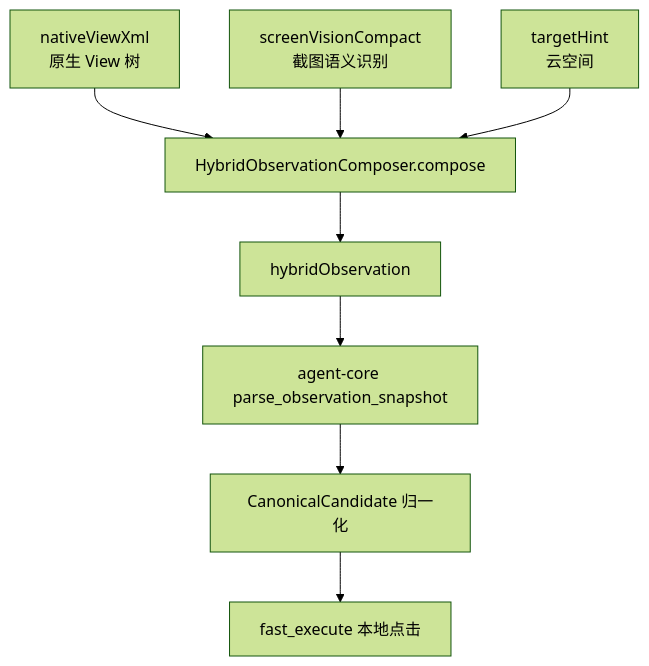
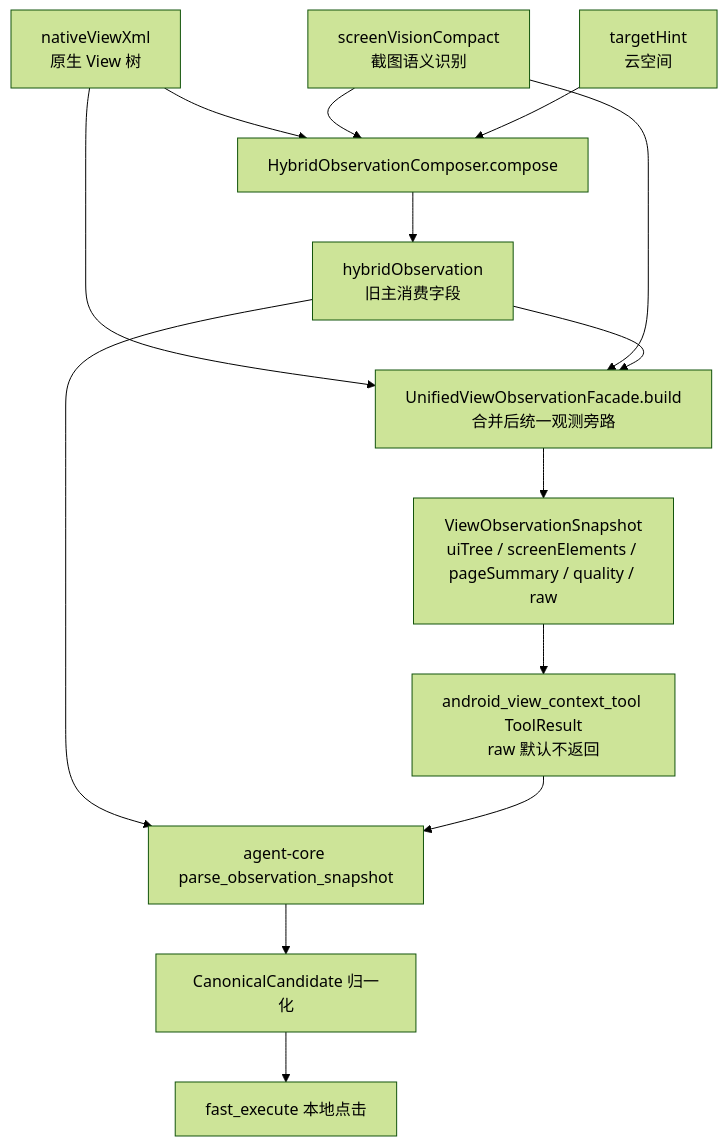
Before and after one commit to xxcai/mobile-agent: the diagram in docs/architecture/me-page-hybrid-observation-example.md, drawn with Mermaid (forest theme). The commit also changed other lines of this file and 1 other file, not shown here.

Commit message:
docs: document unified observation merge flow

````diff
--- a/docs/architecture/me-page-hybrid-observation-example.md
+++ b/docs/architecture/me-page-hybrid-observation-example.md
@@ -14,10 +14,16 @@
 ```mermaid
 flowchart TD
     A["nativeViewXml\n原生 View 树"] --> C["HybridObservationComposer.compose"]
     B["screenVisionCompact\n截图语义识别"] --> C
     H["targetHint\n云空间"] --> C
-    C --> D["hybridObservation"]
+    C --> D["hybridObservation\n旧主消费字段"]
+    A --> U["UnifiedViewObservationFacade.build\n合并后统一观测旁路"]
+    B --> U
+    D --> U
+    U --> S["ViewObservationSnapshot\nuiTree / screenElements / pageSummary / quality / raw"]
+    S --> R["android_view_context_tool ToolResult\nraw 默认不返回"]
     D --> E["agent-core parse_observation_snapshot"]
+    R --> E
     E --> F["CanonicalCandidate 归一化"]
     F --> G["fast_execute 本地点击"]
 ```
````
